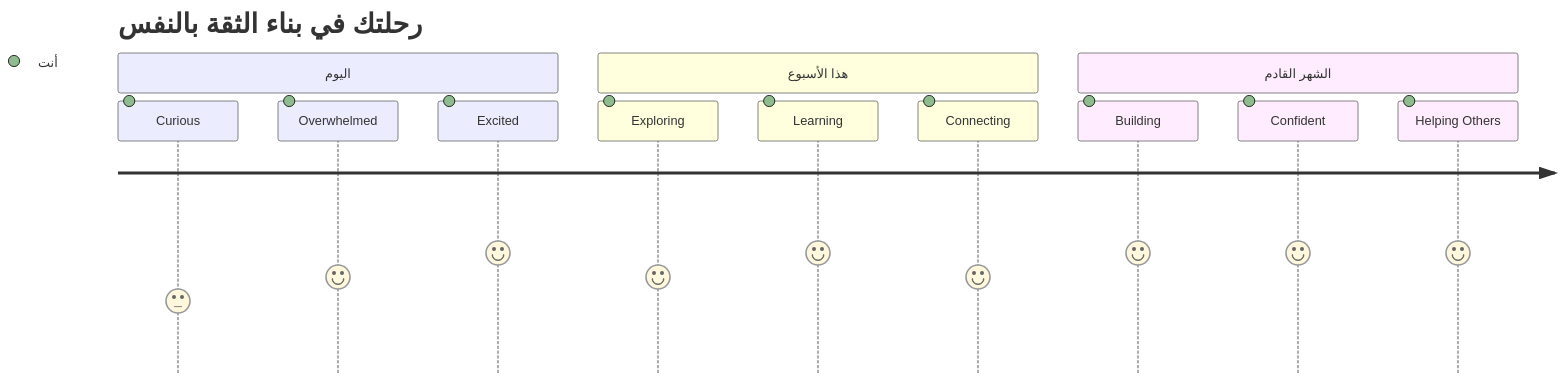
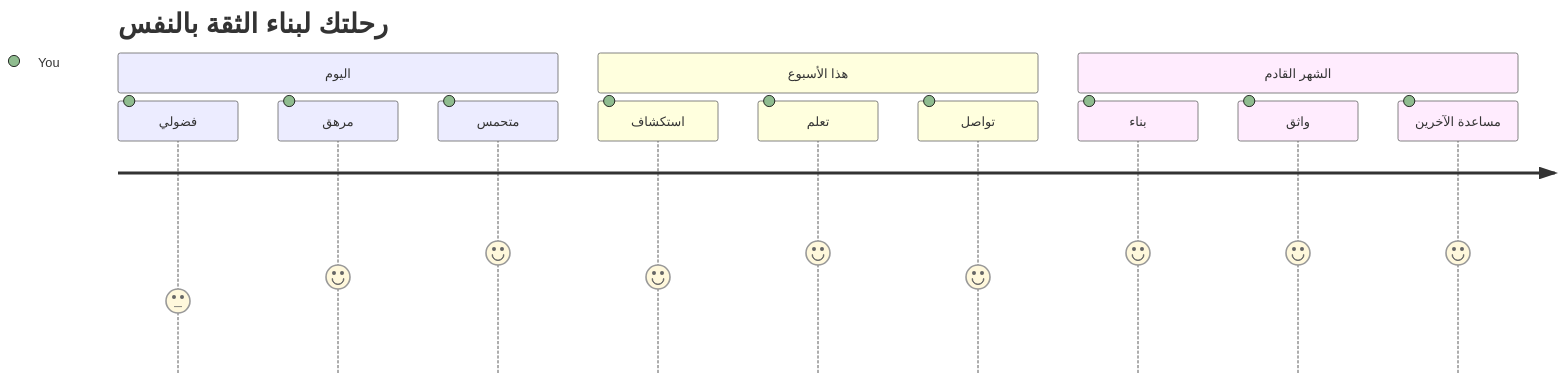
Before and after one commit to microsoft/Web-Dev-For-Beginners: the seventh of 7 diagrams in translations/ar/1-getting-started-lessons/1-intro-to-programming-languages/README.md, drawn with Mermaid. The commit also changed other lines of this file and 8 other files, not shown here.

````diff
--- a/translations/ar/1-getting-started-lessons/1-intro-to-programming-languages/README.md
+++ b/translations/ar/1-getting-started-lessons/1-intro-to-programming-languages/README.md
@@ -831,16 +830,16 @@
 ```mermaid
 journey
-    title رحلتك في بناء الثقة بالنفس
+    title رحلتك لبناء الثقة بالنفس
     section اليوم
-      Curious: 3: أنت
-      Overwhelmed: 4: أنت
-      Excited: 5: أنت
+      فضولي: 3: You
+      مرهق: 4: You
+      متحمس: 5: You
     section هذا الأسبوع
-      Exploring: 4: أنت
-      Learning: 5: أنت
-      Connecting: 4: أنت
+      استكشاف: 4: You
+      تعلم: 5: You
+      تواصل: 4: You
     section الشهر القادم
-      Building: 5: أنت
-      Confident: 5: أنت
-      Helping Others: 5: أنت
+      بناء: 5: You
+      واثق: 5: You
+      مساعدة الآخرين: 5: You
 ```
````
